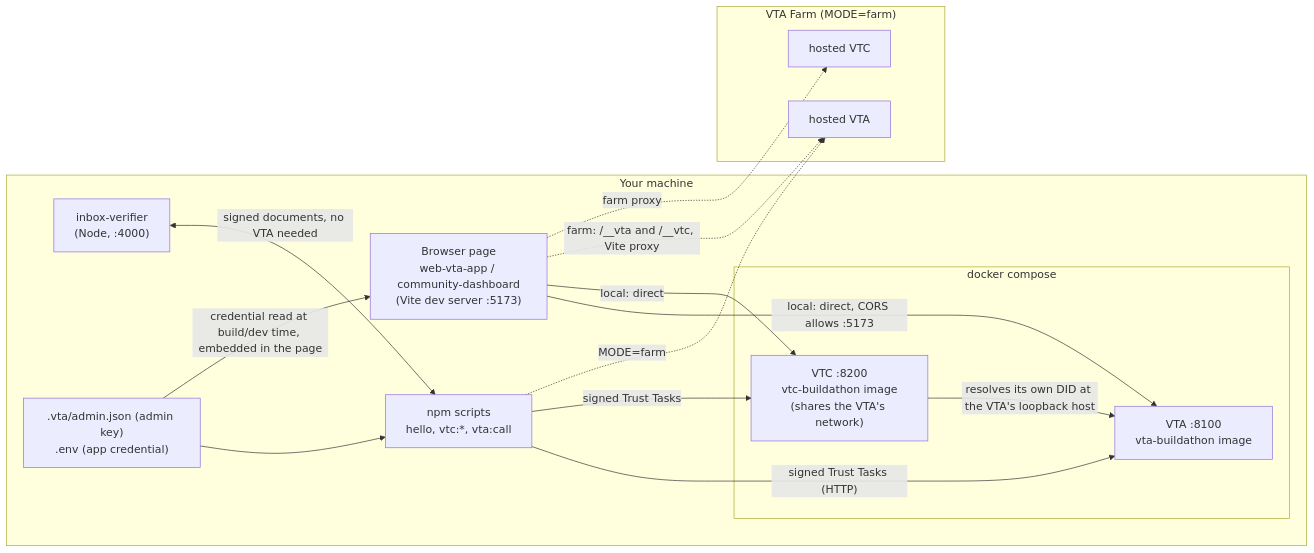
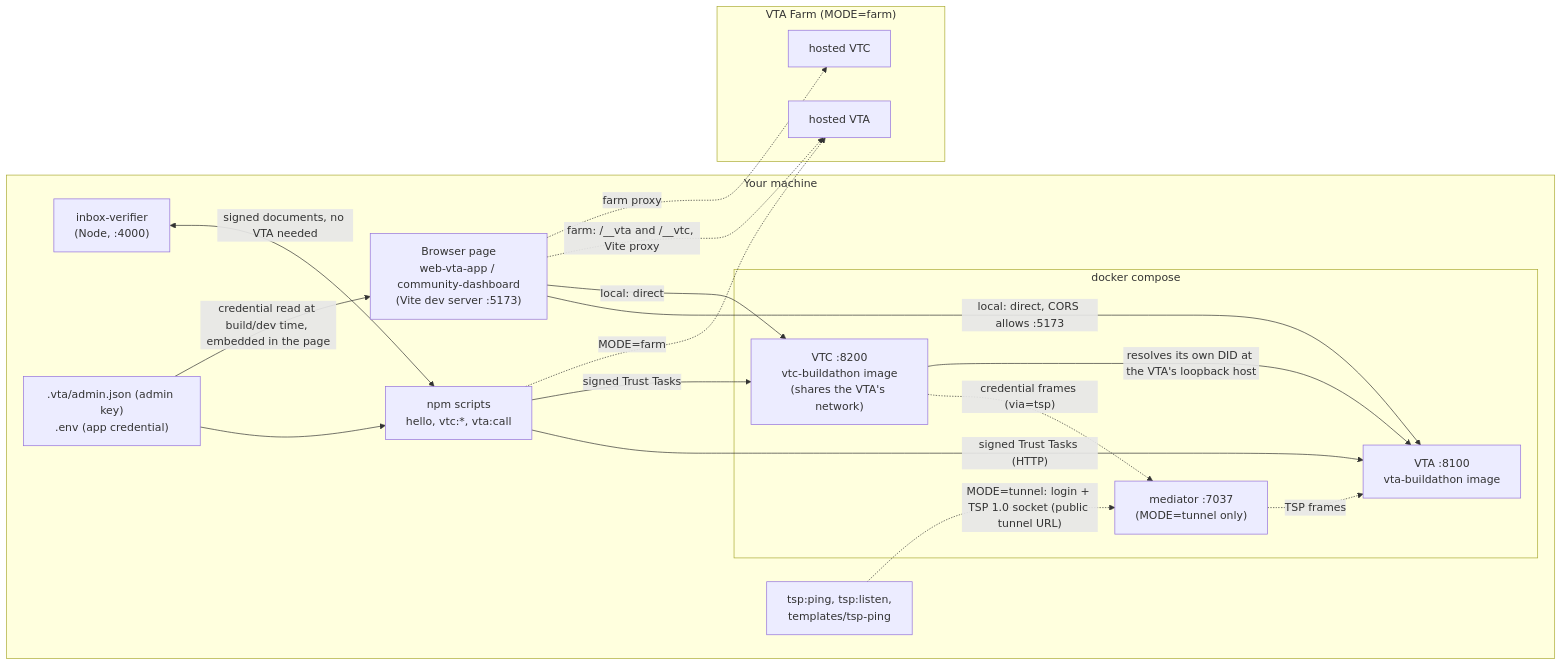
The diagram in docs/ARCHITECTURE.md (Mickens-Lab/vta-buildathon-starter), drawn with Mermaid before and after one commit. The commit also changed other lines of this file and 13 other files, not shown here.

````diff
--- a/docs/ARCHITECTURE.md
+++ b/docs/ARCHITECTURE.md
@@ -22,28 +24,33 @@
 ```mermaid
 flowchart LR
   subgraph You["Your machine"]
     CLI["npm scripts<br/>hello, vtc:*, vta:call"]
     NODE["inbox-verifier<br/>(Node, :4000)"]
     BROWSER["Browser page<br/>web-vta-app / community-dashboard<br/>(Vite dev server :5173)"]
     subgraph DOCKER["docker compose"]
       VTA["VTA :8100<br/>vta-buildathon image"]
       VTC["VTC :8200<br/>vtc-buildathon image<br/>(shares the VTA's network)"]
+      MED["mediator :7037<br/>(MODE=tunnel only)"]
     end
+    TSP["tsp:ping, tsp:listen,<br/>templates/tsp-ping"]
     FILES[".vta/admin.json (admin key)<br/>.env (app credential)"]
   end
   subgraph FARM["VTA Farm (MODE=farm)"]
     FVTA["hosted VTA"]
     FVTC["hosted VTC"]
   end
   CLI -->|"signed Trust Tasks (HTTP)"| VTA
   CLI -->|"signed Trust Tasks"| VTC
   BROWSER -->|"local: direct, CORS allows :5173"| VTA
   BROWSER -->|"local: direct"| VTC
   BROWSER -. "farm: /__vta and /__vtc, Vite proxy" .-> FVTA
   BROWSER -. "farm proxy" .-> FVTC
   CLI -. "MODE=farm" .-> FVTA
+  TSP -. "MODE=tunnel: login + TSP 1.0 socket (public tunnel URL)" .-> MED
+  MED -. "TSP frames" .-> VTA
+  VTC -. "credential frames (via=tsp)" .-> MED
   VTC -->|"resolves its own DID at the VTA's loopback host"| VTA
   NODE <-->|"signed documents, no VTA needed"| CLI
   FILES --> CLI
   FILES -->|"credential read at build/dev time, embedded in the page"| BROWSER
 ```
````
